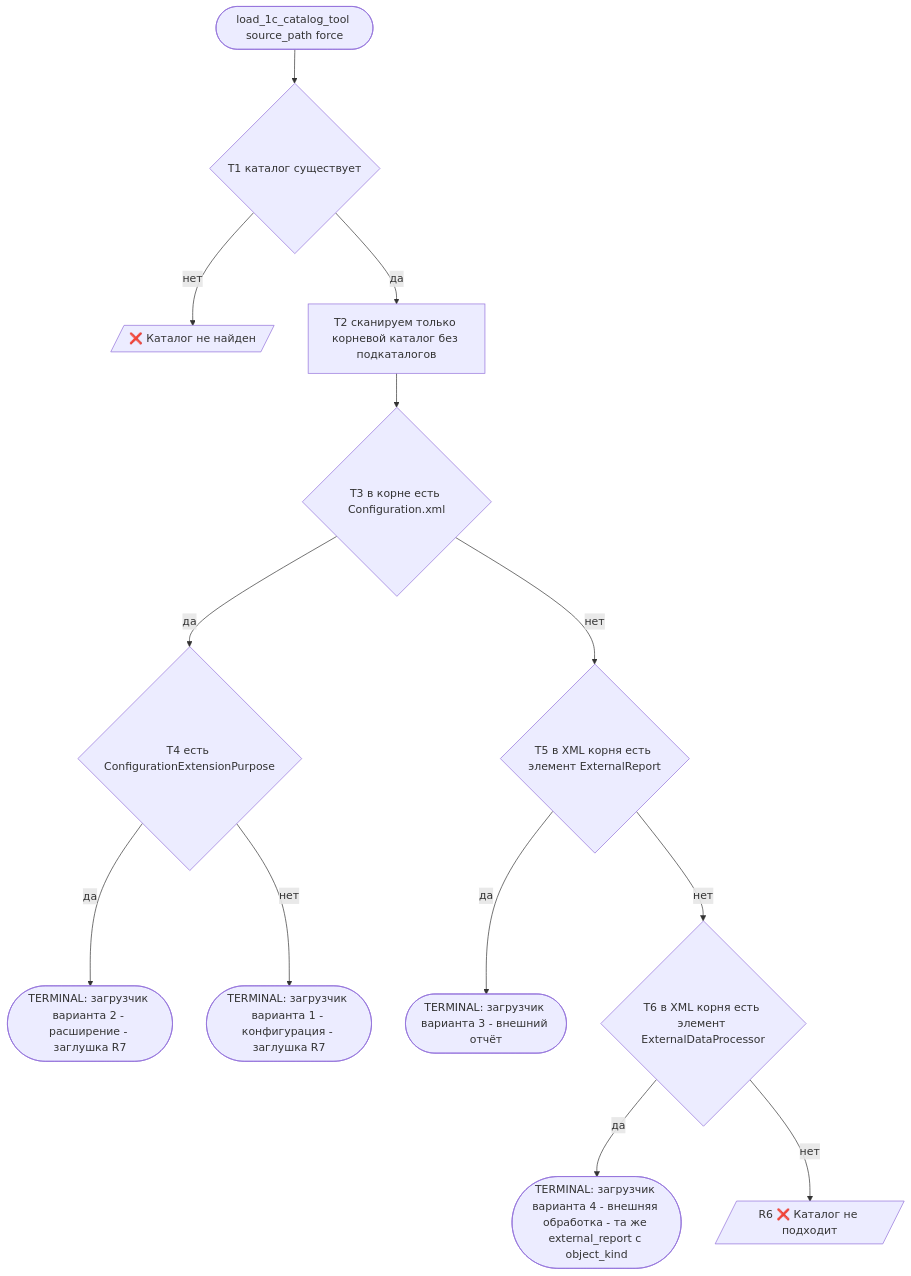
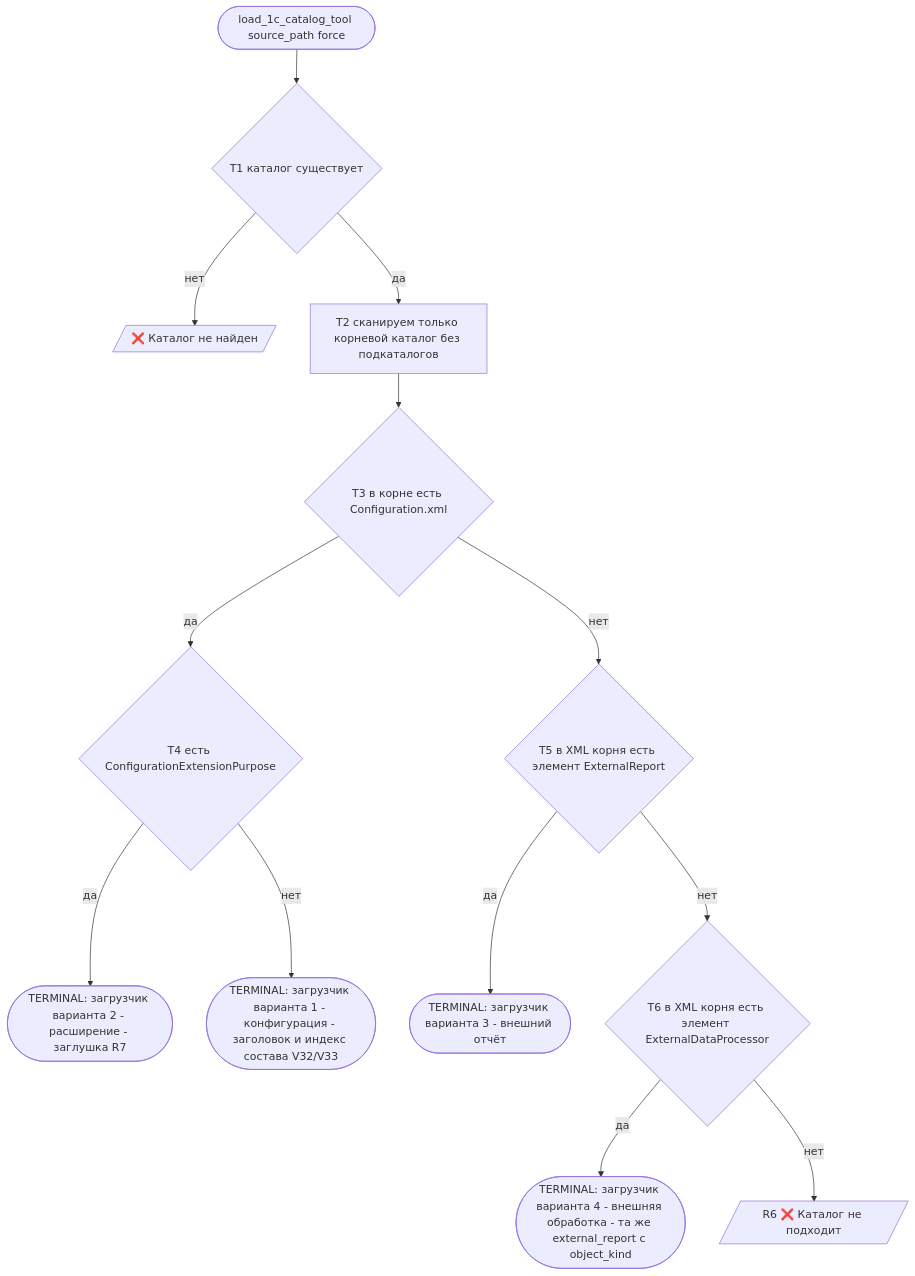
The first of 3 diagrams in docs/config-scenarios/FLOWCHART_1c-configurations-core.md (XXIVek/ckb), drawn with Mermaid before and after one commit. The commit also changed other lines of this file and 14 other files, not shown here.

````diff
--- a/docs/config-scenarios/FLOWCHART_1c-configurations-core.md
+++ b/docs/config-scenarios/FLOWCHART_1c-configurations-core.md
@@ -70,15 +72,15 @@
 ```mermaid
 flowchart TD
     A([load_1c_catalog_tool source_path force]) --> T1{T1 каталог существует}
     T1 -- нет --> X1[/❌ Каталог не найден/]
     T1 -- да --> T2[T2 сканируем только корневой каталог без подкаталогов]
     T2 --> T3{T3 в корне есть Configuration.xml}
     T3 -- да --> T4{T4 есть ConfigurationExtensionPurpose}
     T4 -- да --> L2([TERMINAL: загрузчик варианта 2 - расширение - заглушка R7])
-    T4 -- нет --> L1([TERMINAL: загрузчик варианта 1 - конфигурация - заглушка R7])
+    T4 -- нет --> L1([TERMINAL: загрузчик варианта 1 - конфигурация - заголовок и индекс состава V32/V33])
     T3 -- нет --> T5{T5 в XML корня есть элемент ExternalReport}
     T5 -- да --> L3([TERMINAL: загрузчик варианта 3 - внешний отчёт])
     T5 -- нет --> T6{T6 в XML корня есть элемент ExternalDataProcessor}
     T6 -- да --> L4([TERMINAL: загрузчик варианта 4 - внешняя обработка - та же external_report с object_kind])
     T6 -- нет --> X2[/R6 ❌ Каталог не подходит/]
 ```
````
